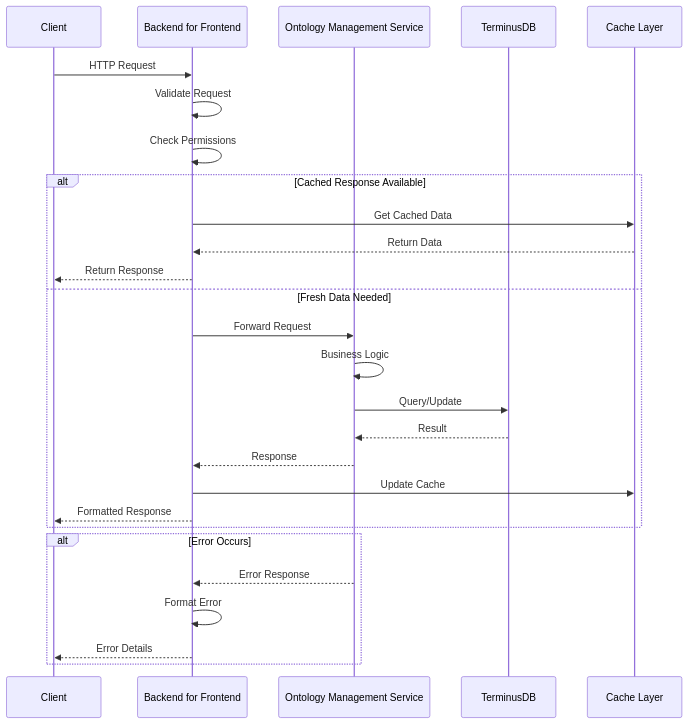
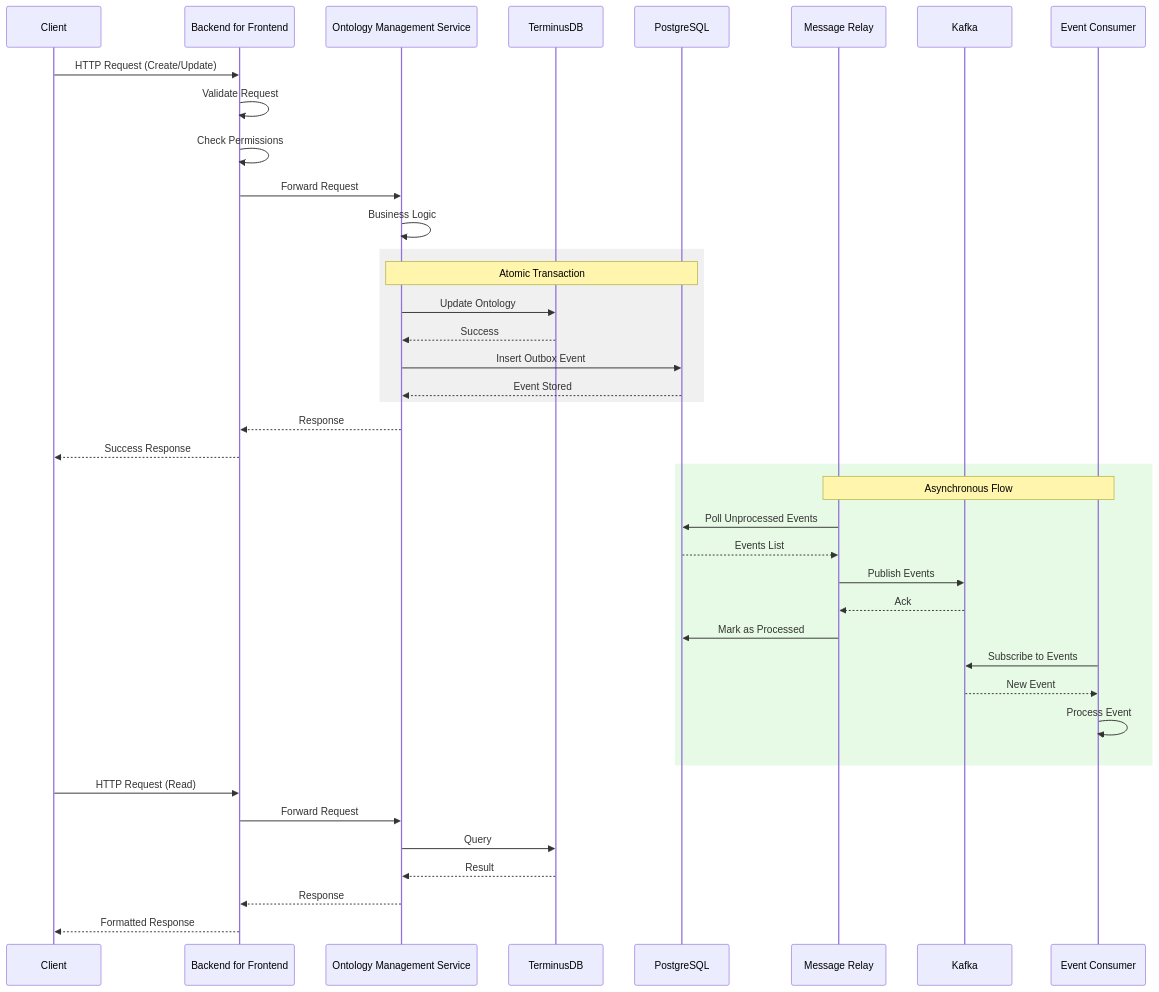
Before and after one commit to ludia8888/SPICE-Harvester: the third of 3 diagrams in docs/architecture/README.md, drawn with Mermaid. The commit also changed other lines of this file and 51 other files, not shown here.

First line of the commit message:
feat: Outbox Pattern 구현 및 이벤트 기반 아키텍처 추가

````diff
--- a/docs/architecture/README.md
+++ b/docs/architecture/README.md
@@ -223,36 +236,54 @@
 ```mermaid
 sequenceDiagram
-    %% Service Interaction Flow
+    %% Service Interaction Flow with Outbox Pattern
     
     participant Client
     participant BFF as Backend for Frontend
     participant OMS as Ontology Management Service
     participant DB as TerminusDB
-    participant Cache as Cache Layer
+    participant PG as PostgreSQL
+    participant Relay as Message Relay
+    participant Kafka
+    participant Consumer as Event Consumer
     
-    %% Standard Request Flow
-    Client->>BFF: HTTP Request
+    %% Create/Update Request Flow with Outbox Pattern
+    Client->>BFF: HTTP Request (Create/Update)
     BFF->>BFF: Validate Request
     BFF->>BFF: Check Permissions
     
-    alt Cached Response Available
-        BFF->>Cache: Get Cached Data
-        Cache-->>BFF: Return Data
-        BFF-->>Client: Return Response
-    else Fresh Data Needed
-        BFF->>OMS: Forward Request
-        OMS->>OMS: Business Logic
-        OMS->>DB: Query/Update
-        DB-->>OMS: Result
-        OMS-->>BFF: Response
-        BFF->>Cache: Update Cache
-        BFF-->>Client: Formatted Response
+    BFF->>OMS: Forward Request
+    OMS->>OMS: Business Logic
+    
+    rect rgb(240, 240, 240)
+        Note over OMS,PG: Atomic Transaction
+        OMS->>DB: Update Ontology
+        DB-->>OMS: Success
+        OMS->>PG: Insert Outbox Event
+        PG-->>OMS: Event Stored
     end
     
-    %% Error Handling
-    alt Error Occurs
-        OMS-->>BFF: Error Response
-        BFF->>BFF: Format Error
-        BFF-->>Client: Error Details
+    OMS-->>BFF: Response
+    BFF-->>Client: Success Response
+    
+    %% Asynchronous Event Processing
+    rect rgb(230, 250, 230)
+        Note over Relay,Consumer: Asynchronous Flow
+        Relay->>PG: Poll Unprocessed Events
+        PG-->>Relay: Events List
+        Relay->>Kafka: Publish Events
+        Kafka-->>Relay: Ack
+        Relay->>PG: Mark as Processed
+        
+        Consumer->>Kafka: Subscribe to Events
+        Kafka-->>Consumer: New Event
+        Consumer->>Consumer: Process Event
     end
+    
+    %% Read Request Flow (unchanged)
+    Client->>BFF: HTTP Request (Read)
+    BFF->>OMS: Forward Request
+    OMS->>DB: Query
+    DB-->>OMS: Result
+    OMS-->>BFF: Response
+    BFF-->>Client: Formatted Response
 ```
````
